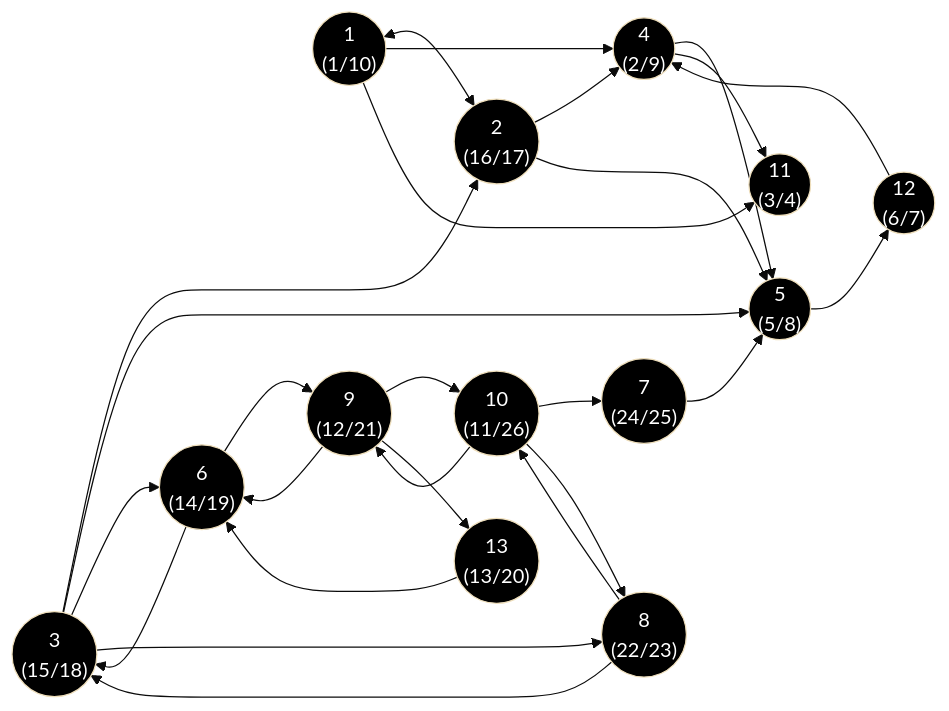
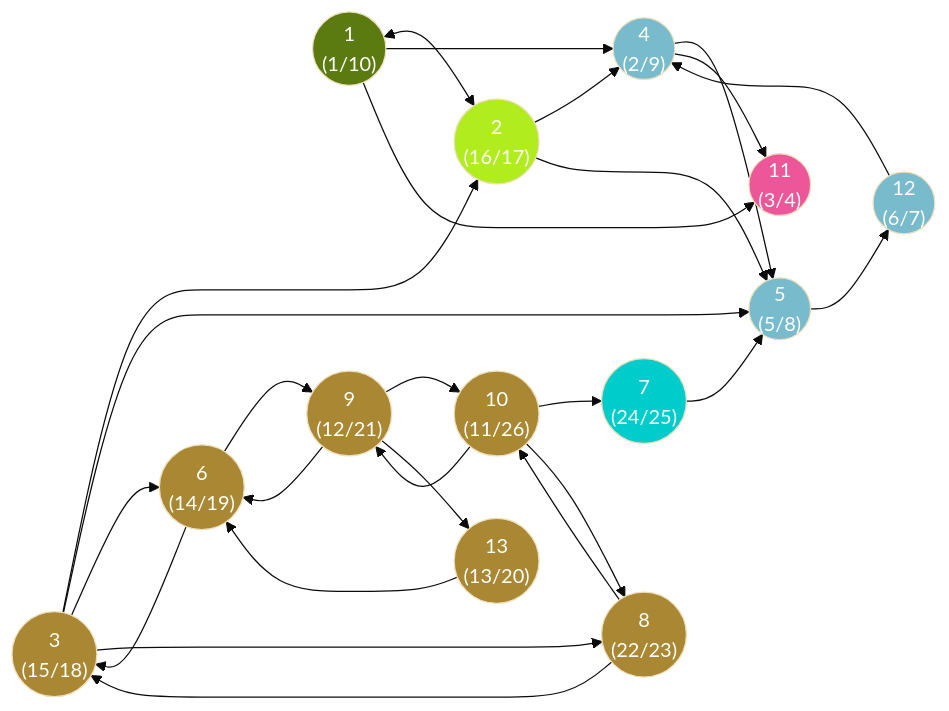
One commit to UFMG-Organizacao-de-Disciplinas/DCC865-Projeto_e_Analise_de_Algoritmos changed diagram 28 of 28 in 2024.2/Materiais Complementares - Enviados pelos alunos/Resoluções das listas/Módulo 2 [3, 6]/Módulo 2 - Lista 3.md. Above: the diagram before and after it, drawn with Mermaid (base theme). The commit also changed other lines of this file and 9 other files, not shown here.

````diff
--- a/2024.2/Materiais Complementares - Enviados pelos alunos/Resoluções das listas/Módulo 2 [3, 6]/Módulo 2 - Lista 3.md
+++ b/2024.2/Materiais Complementares - Enviados pelos alunos/Resoluções das listas/Módulo 2 [3, 6]/Módulo 2 - Lista 3.md
@@ -1248,59 +1296,59 @@
 ```mermaid
 graph LR
     %% Coloração: fundo branco, texto preto
-    style V1  fill:#000,color:#fff
-    style V2  fill:#000,color:#fff
-    style V3  fill:#000,color:#fff
-    style V4  fill:#000,color:#fff
-    style V5  fill:#000,color:#fff
-    style V6  fill:#000,color:#fff
-    style V7  fill:#000,color:#fff
-    style V8  fill:#000,color:#fff
-    style V9  fill:#000,color:#fff
-    style V10 fill:#000,color:#fff
-    style V11 fill:#000,color:#fff
-    style V12 fill:#000,color:#fff
-    style V13 fill:#000,color:#fff
+    style V1  fill:#5B7A0F,color:#fff
+    style V2  fill:#B1ED1E,color:#fff
+    style V3  fill:#AA8833,color:#fff
+    style V4  fill:#77BBCC,color:#fff
+    style V5  fill:#77BBCC,color:#fff
+    style V6  fill:#AA8833,color:#fff
+    style V7  fill:#00CCCC,color:#fff
+    style V8  fill:#AA8833,color:#fff
+    style V9  fill:#AA8833,color:#fff
+    style V10 fill:#AA8833,color:#fff
+    style V11 fill:#ED5698,color:#fff
+    style V12 fill:#77BBCC,color:#fff
+    style V13 fill:#AA8833,color:#fff
 
     %% Vértices
     V1(("1 <br> (1/10)"))
     V2(("2 <br> (16/17)"))
     V3(("3 <br> (15/18)"))
     V4(("4 <br> (2/9)"))
     V5(("5 <br> (5/8)"))
     V6(("6 <br> (14/19)"))
     V7(("7 <br> (24/25)"))
     V8(("8 <br> (22/23)"))
     V9(("9 <br> (12/21)"))
     V10(("10 <br> (11/26)"))
     V11(("11 <br> (3/4)"))
     V12(("12 <br> (6/7)"))
     V13(("13 <br> (13/20)"))
 
     %% Arestas
     V1 <--> V2
     V1 --> V4
     V1 --> V11
     V2 --> V4
     V2 --> V5
     V3 --> V2
     V3 --> V5
     V3 --> V6
     V3 --> V8
     V4 --> V5
     V4 --> V11
     V5 --> V12
     V6 --> V3
     V6 --> V9
     V7 --> V5
     V8 --> V3
     V8 --> V10
     V9 --> V6
     V9 --> V10
     V9 --> V13
     V10 --> V7
     V10 --> V8
     V10 --> V9
     V12 --> V4
     V13 --> V6
 ```
````
